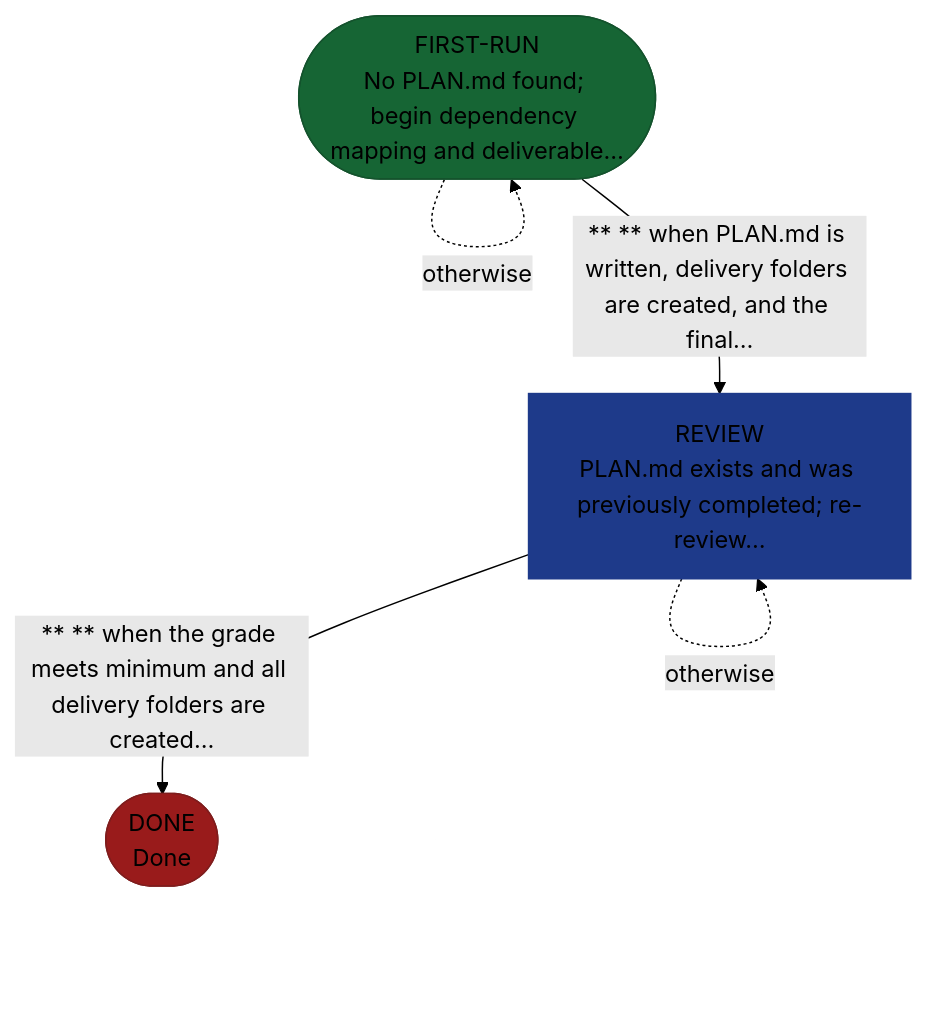
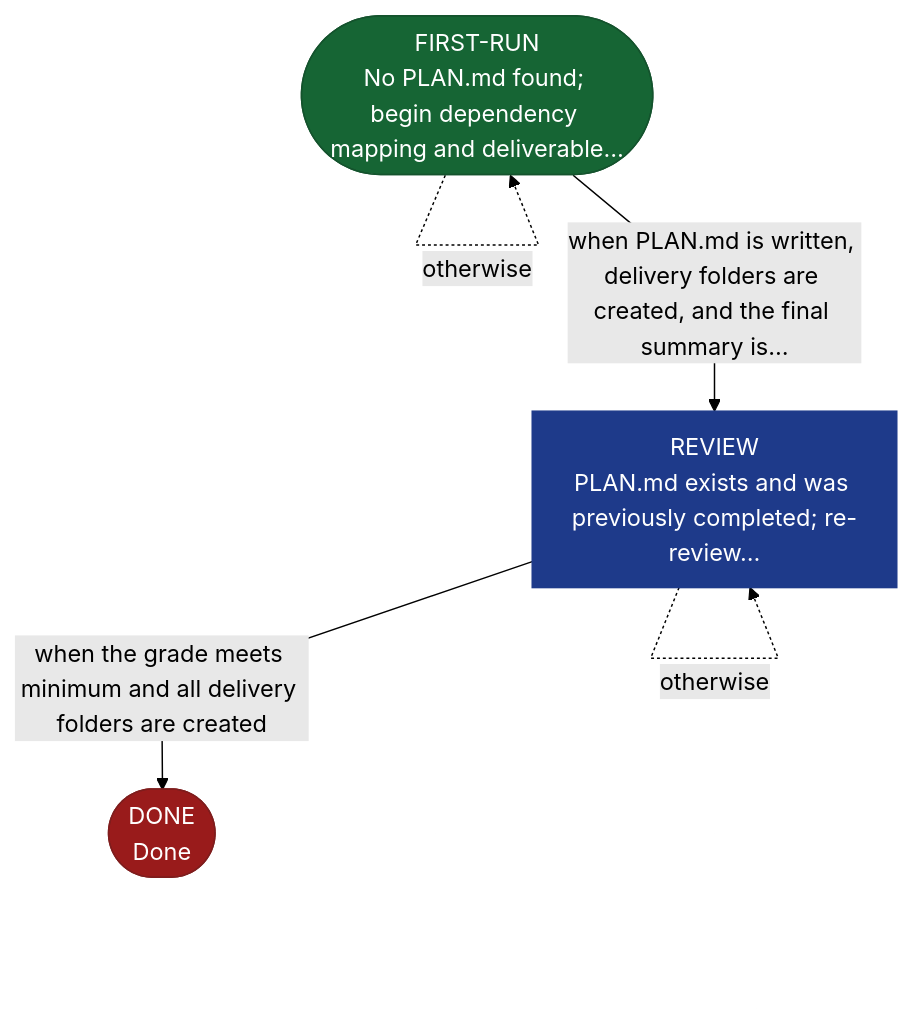
The diagram in site/src/content/docs/skills/aid-plan.md (AndreVianna/aid-methodology), drawn with Mermaid (forest theme) before and after one commit. The commit also changed 37 other files, not shown here.

````diff
--- a/site/src/content/docs/skills/aid-plan.md
+++ b/site/src/content/docs/skills/aid-plan.md
@@ -20,22 +20,23 @@
 ```mermaid
+%%{init: {'flowchart': {'nodeSpacing': 55, 'rankSpacing': 65, 'curve': 'linear', 'padding': 12, 'useMaxWidth': true}}}%%
 flowchart TB
-  classDef aidNode color:inherit
+  classDef aidNode color:#fff
   classDef aidEntry fill:#166534,stroke:#14532d,color:#fff
   classDef aidExit fill:#991b1b,stroke:#7f1d1d,color:#fff
   classDef aidDecision fill:#92400e,stroke:#78350f,color:#fff
   classDef aidLoopBack fill:#1e3a8a,stroke:#1e3a8a,color:#fff
   classDef aidStep fill:#1a2035,stroke:#d4a853,color:#f1f5f9
   n1(["FIRST-RUN<br/>No PLAN.md found; begin dependency mapping and deliverable…"])
   n2["REVIEW<br/>PLAN.md exists and was previously completed; re-review…"]
   n3(["DONE<br/>Done"])
   n1 -. "otherwise" .-> n1
-  n1 -->|"** ** when PLAN.md is written, delivery folders are created, and the final…"| n2
+  n1 -->|"when PLAN.md is written, delivery folders are created, and the final summary is…"| n2
   n2 -. "otherwise" .-> n2
-  n2 -->|"** ** when the grade meets minimum and all delivery folders are created…"| n3
+  n2 -->|"when the grade meets minimum and all delivery folders are created"| n3
   class n1 aidEntry
   class n2 aidLoopBack
   class n3 aidExit
   class n1 aidNode
   class n2 aidNode
   class n3 aidNode
 ```
````
